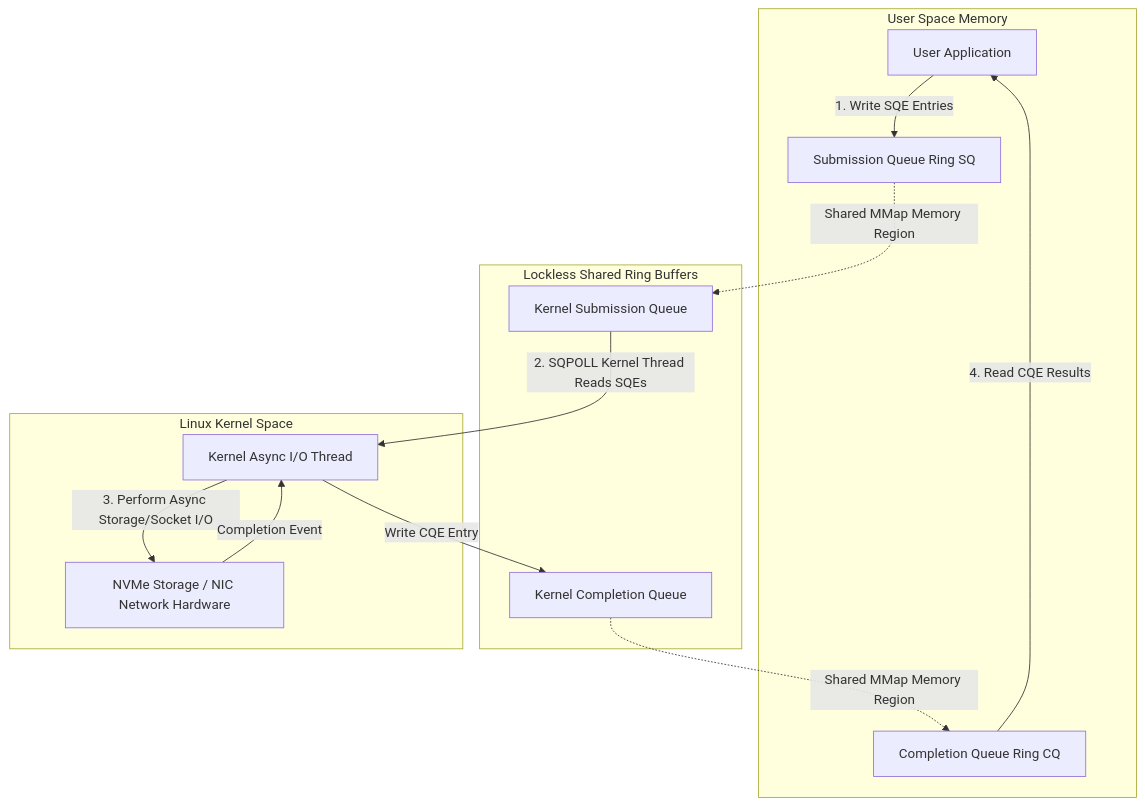
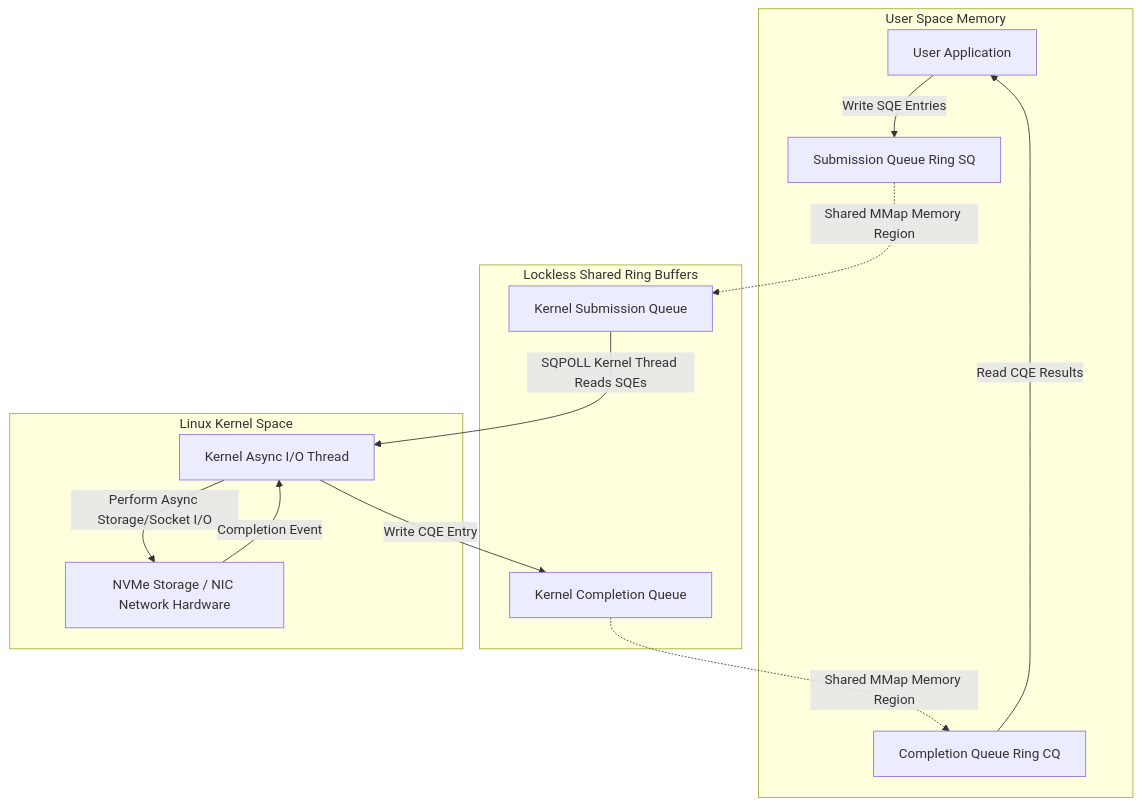
The diagram in blog/posts/linux-kernel-async-io-io-uring-architecture-ring-buffers.md (akmalkhaniub/akmalkhaniub.github.io), drawn with Mermaid before and after one commit. The commit also changed 411 other files, not shown here.

````diff
--- a/blog/posts/linux-kernel-async-io-io-uring-architecture-ring-buffers.md
+++ b/blog/posts/linux-kernel-async-io-io-uring-architecture-ring-buffers.md
@@ -19,19 +19,19 @@
 ```mermaid
-graph TD
+flowchart TD
   subgraph SG1_UserSpaceMemory ["User Space Memory"]
-    App[User Application] -->|1. Write SQE Entries| SQ[Submission Queue Ring SQ]
-    CQ[Completion Queue Ring CQ] -->|4. Read CQE Results| App
+    App[User Application] -->|Write SQE Entries| SQ[Submission Queue Ring SQ]
+    CQ[Completion Queue Ring CQ] -->|Read CQE Results| App
   end
   
   subgraph SG2_LocklessSharedRing ["Lockless Shared Ring Buffers"]
     SQ -.->|Shared MMap Memory Region| SQ_K[Kernel Submission Queue]
     CQ_K[Kernel Completion Queue] -.->|Shared MMap Memory Region| CQ
   end
   
   subgraph SG3_LinuxKernelSpace ["Linux Kernel Space"]
-    SQ_K -->|2. SQPOLL Kernel Thread Reads SQEs| KernelThread[Kernel Async I/O Thread]
-    KernelThread -->|3. Perform Async Storage/Socket I/O| NVMe[NVMe Storage / NIC Network Hardware]
+    SQ_K -->|SQPOLL Kernel Thread Reads SQEs| KernelThread[Kernel Async I/O Thread]
+    KernelThread -->|Perform Async Storage/Socket I/O| NVMe[NVMe Storage / NIC Network Hardware]
     NVMe -->|Completion Event| KernelThread
     KernelThread -->|Write CQE Entry| CQ_K
   end
 ```
````
